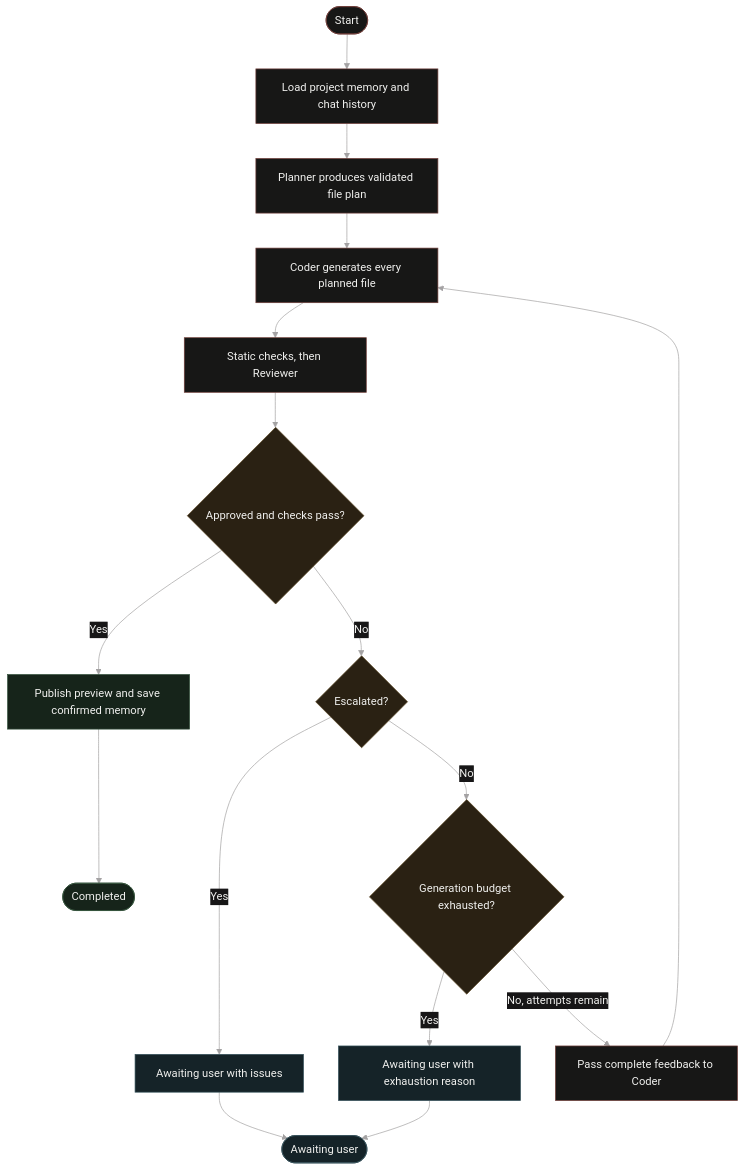
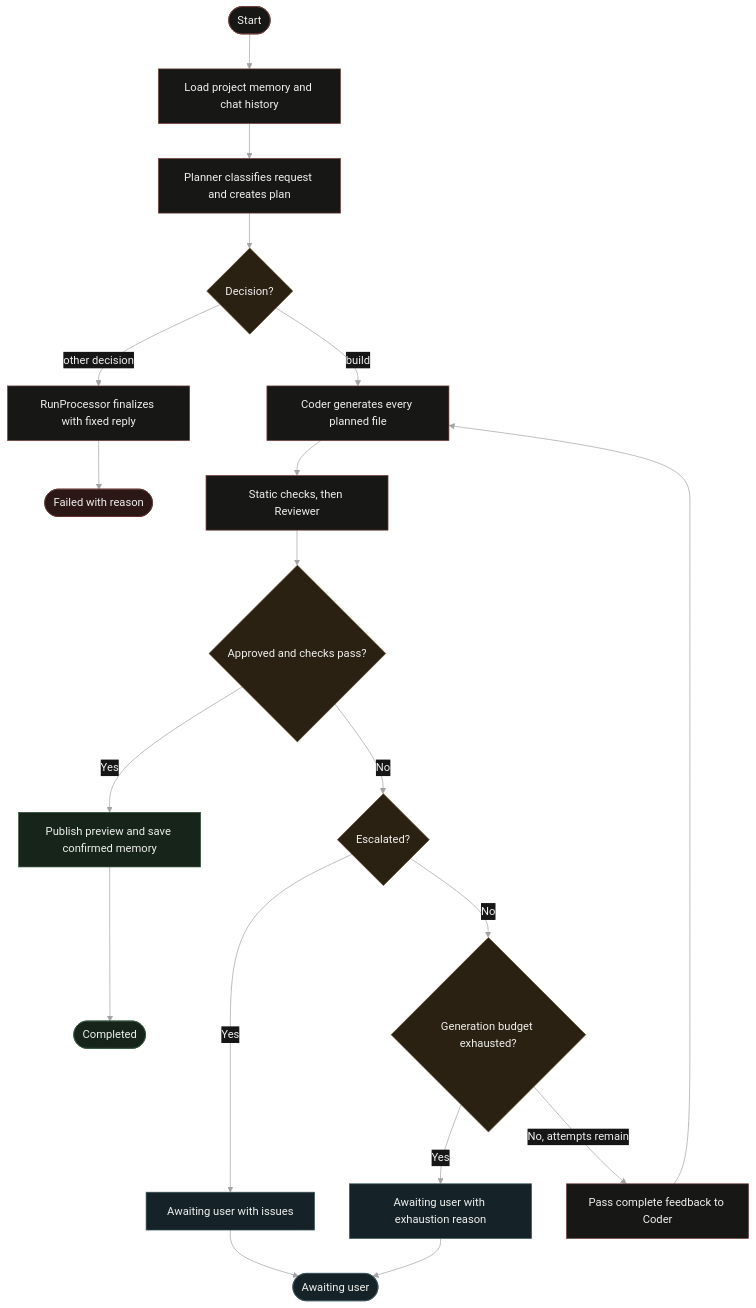
The third of 5 diagrams in docs/architecture.md (gdpe-franco/ai-coding-agent-pipeline), drawn with Mermaid before and after one commit. The commit also changed other lines of this file and 11 other files, not shown here.

Commit message:
feat: add request scope and injection guardrails

````diff
--- a/docs/architecture.md
+++ b/docs/architecture.md
@@ -198,27 +198,32 @@
 ```mermaid
 %%{init: {"theme":"base","themeVariables":{"background":"#101010","primaryColor":"#171716","primaryTextColor":"#f0f0ee","primaryBorderColor":"#6f3d38","lineColor":"#a4a2a3","textColor":"#f0f0ee","mainBkg":"#171716","actorBkg":"#2a1a18","actorBorder":"#6f3d38","actorTextColor":"#f0f0ee","signalColor":"#a4a2a3","signalTextColor":"#f0f0ee","labelBoxBkgColor":"#1f1e1c","labelBoxBorderColor":"#35515a","labelTextColor":"#f0f0ee","loopTextColor":"#f0f0ee","noteBkgColor":"#152328","noteTextColor":"#f0f0ee","noteBorderColor":"#35515a"}}}%%
 flowchart TD
     start([Start]) --> context[Load project memory and chat history]
-    context --> plan[Planner produces validated file plan]
-    plan --> generate[Coder generates every planned file]
+    context --> plan[Planner classifies request and creates plan]
+    plan --> scope{Decision?}
+    scope -->|build| generate[Coder generates every planned file]
+    scope -->|other decision| stopped[RunProcessor finalizes with fixed reply]
+    stopped --> rejected([Failed with reason])
     generate --> review[Static checks, then Reviewer]
     review --> approved{Approved and checks pass?}
     approved -->|Yes| publish[Publish preview and save confirmed memory]
     publish --> completed([Completed])
     approved -->|No| escalate{Escalated?}
     escalate -->|Yes| handoff[Awaiting user with issues]
     handoff --> waiting([Awaiting user])
     escalate -->|No| exhausted{Generation budget exhausted?}
     exhausted -->|Yes| handoffExhausted[Awaiting user with exhaustion reason]
     handoffExhausted --> waiting
     exhausted -->|No, attempts remain| feedback[Pass complete feedback to Coder]
     feedback --> generate
     classDef process fill:#171716,stroke:#6f3d38,color:#f0f0ee
     classDef decision fill:#2a2113,stroke:#5d4a26,color:#f0f0ee
     classDef success fill:#16241a,stroke:#34523c,color:#f0f0ee
     classDef handoff fill:#152328,stroke:#35515a,color:#f0f0ee
-    class start,context,plan,generate,review,feedback process
-    class approved,escalate,exhausted decision
+    classDef error fill:#2b1716,stroke:#60332f,color:#f0f0ee
+    class start,context,plan,generate,review,feedback,stopped process
+    class scope,approved,escalate,exhausted decision
     class publish,completed success
     class handoff,handoffExhausted,waiting handoff
+    class rejected error
 ```
````
